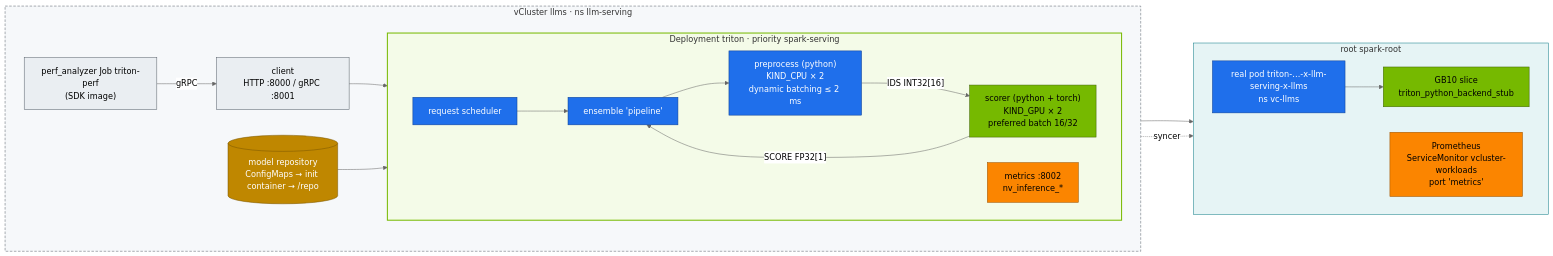
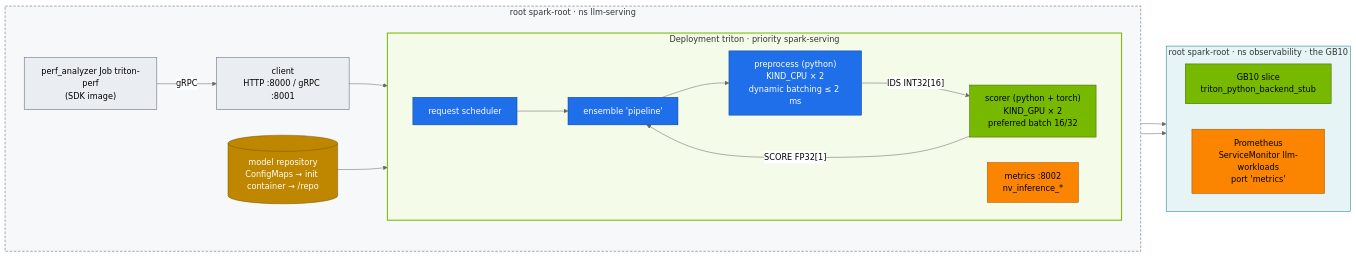
Before and after one commit to cloudone365/technical-depth: the diagram in 02-Kubernetes/21-nvidia-triton-inference-server.md, drawn with Mermaid (neutral theme). The commit also changed other lines of this file and 58 other files, not shown here.

First line of the commit message:
Docs: dev-llms sandbox vCluster, LLM stack on the root, shared ~90 GiB pool, headless DGX OS

````diff
--- a/02-Kubernetes/21-nvidia-triton-inference-server.md
+++ b/02-Kubernetes/21-nvidia-triton-inference-server.md
@@ -34,38 +34,37 @@
 ```mermaid
 flowchart LR
   C["client<br/>HTTP :8000 / gRPC :8001"] --> SCHED
-  subgraph LLMS["vCluster llms · ns llm-serving"]
+  subgraph LLMS["root spark-root · ns llm-serving"]
     direction LR
     subgraph TRITON["Deployment triton · priority spark-serving"]
       direction LR
       SCHED["request scheduler"] --> ENS["ensemble 'pipeline'"]
       ENS --> P["preprocess (python)<br/>KIND_CPU × 2<br/>dynamic batching ≤ 2 ms"]
       P -->|"IDS INT32[16]"| S["scorer (python + torch)<br/>KIND_GPU × 2<br/>preferred batch 16/32"]
       S -->|"SCORE FP32[1]"| ENS
       MET["metrics :8002<br/>nv_inference_*"]
     end
     REPO[("model repository<br/>ConfigMaps → init container → /repo")] --> TRITON
     PA["perf_analyzer Job triton-perf<br/>(SDK image)"] -->|gRPC| C
   end
-  subgraph ROOT["root spark-root"]
+  subgraph ROOT["root spark-root · ns observability · the GB10"]
     direction LR
-    HP["real pod triton-…-x-llm-serving-x-llms<br/>ns vc-llms"]
     GPU["GB10 slice<br/>triton_python_backend_stub"]
-    PROM["Prometheus<br/>ServiceMonitor vcluster-workloads<br/>port 'metrics'"]
+    PROM["Prometheus<br/>ServiceMonitor llm-workloads<br/>port 'metrics'"]
   end
-  TRITON -. "syncer" .-> HP --> GPU
+  S --> GPU
   MET --> PROM
   classDef gpu fill:#76b900,stroke:#3d6000,color:#000
   classDef ctrl fill:#1f6feb,stroke:#0b3d91,color:#fff
   classDef store fill:#bf8700,stroke:#7a5600,color:#fff
   classDef obs fill:#fb8500,stroke:#9a5200,color:#000
   classDef tenant fill:#eaeef2,stroke:#57606a,color:#000
   class S,GPU gpu
-  class SCHED,ENS,P,HP ctrl
+  class SCHED,ENS,P ctrl
   class REPO store
   class MET,PROM obs
   class C,PA tenant
   style TRITON fill:#f4fbe8,stroke:#76b900,stroke-width:2px
   style LLMS fill:#f6f8fa,stroke:#57606a,stroke-dasharray:5 3
   style ROOT fill:#e6f4f5,stroke:#0e7c86
 ```
````
